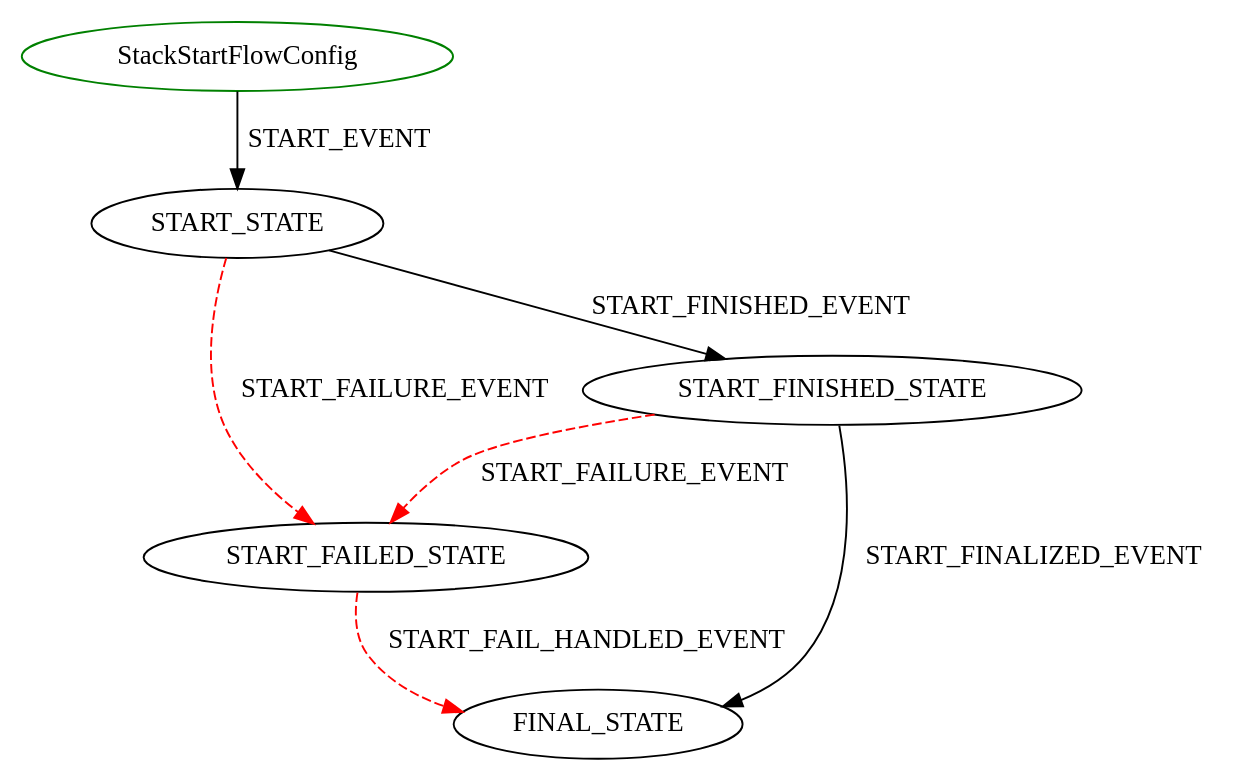
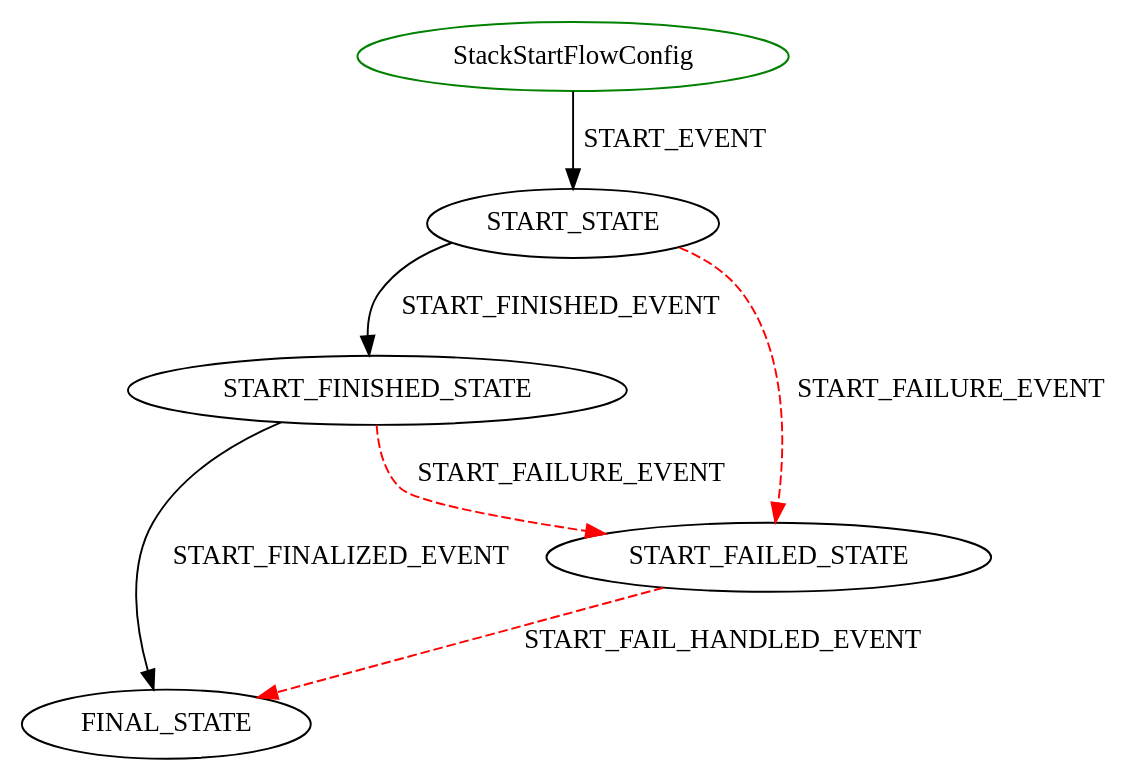
Before and after one commit to wprender/cloudbreak-docs: the diagram in docs/diagrams/StackStartFlowConfig.dot, drawn with Graphviz. The commit also changed other lines of this file and 10 other files, not shown here.

Commit message:
CLOUD-50456 Stack upscale/downscale with new flow engine, upscale

```diff
--- a/docs/diagrams/StackStartFlowConfig.dot
+++ b/docs/diagrams/StackStartFlowConfig.dot
@@ -1,9 +1,9 @@
 digraph {
 INIT_STATE [label="StackStartFlowConfig" shape=ellipse color=green];
 INIT_STATE -> START_STATE [label="START_EVENT" color=black style=solid];
+START_STATE -> START_FINISHED_STATE [label="START_FINISHED_EVENT" color=black style=solid];
 START_STATE -> START_FAILED_STATE [label="START_FAILURE_EVENT" color=red style=dashed];
 START_FAILED_STATE -> FINAL_STATE [label="START_FAIL_HANDLED_EVENT" color=red style=dashed];
-START_STATE -> START_FINISHED_STATE [label="START_FINISHED_EVENT" color=black style=solid];
+START_FINISHED_STATE -> FINAL_STATE [label="START_FINALIZED_EVENT" color=black style=solid];
 START_FINISHED_STATE -> START_FAILED_STATE [label="START_FAILURE_EVENT" color=red style=dashed];
-START_FINISHED_STATE -> FINAL_STATE [label="START_FINALIZED_EVENT" color=black style=solid];
 }
```
